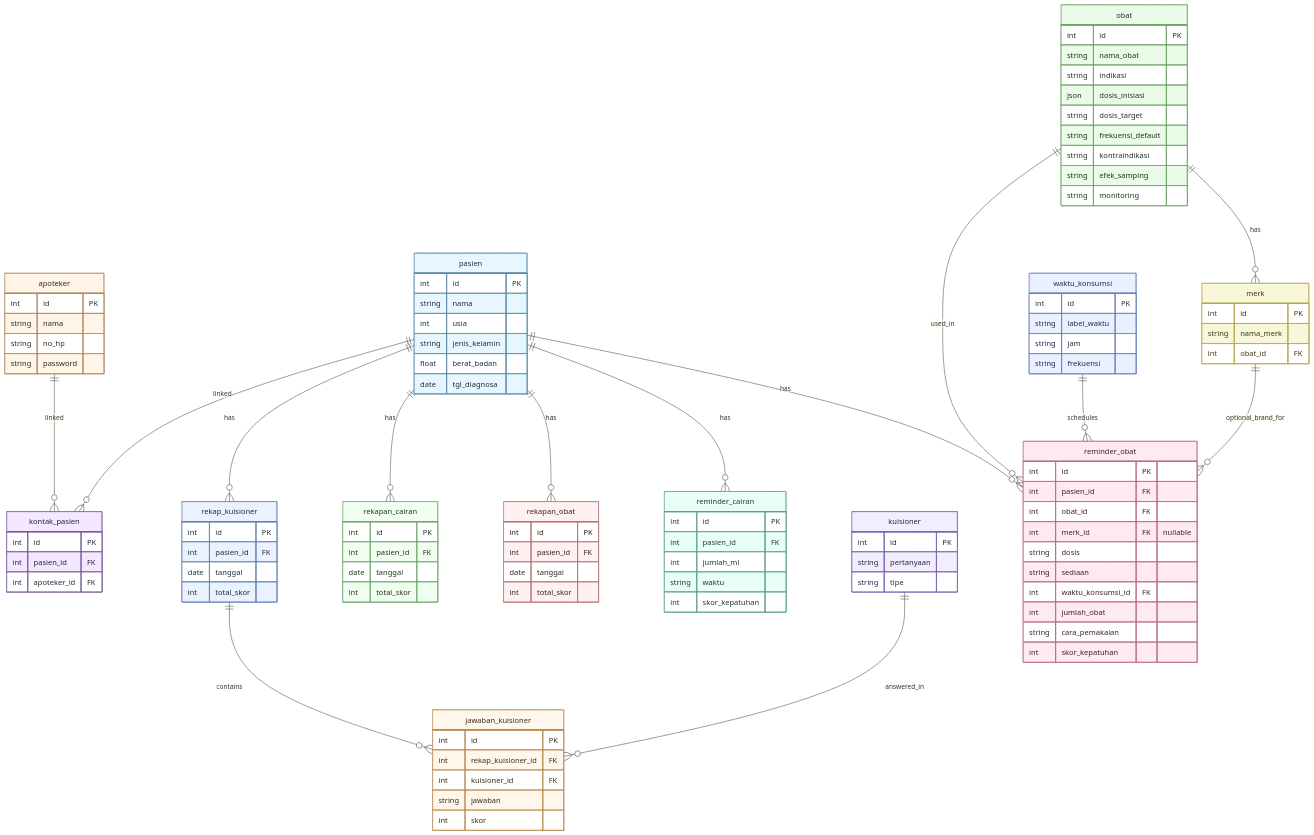
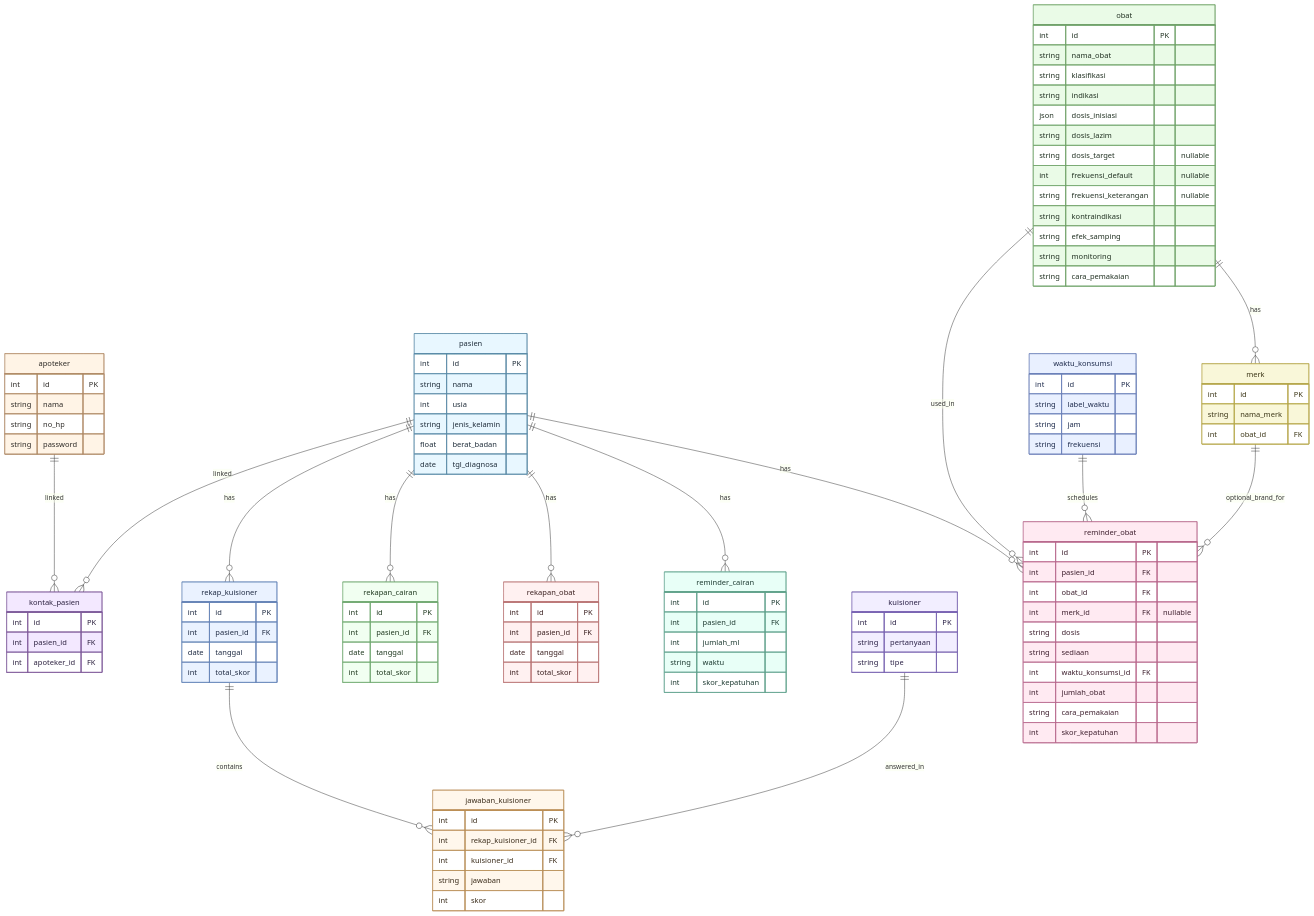
The diagram in spec/erd-healthcare-medication-reminder.md (agoyeeee/obat), drawn with Mermaid before and after one commit. The commit also changed 11 other files, not shown here.

```diff
--- a/spec/erd-healthcare-medication-reminder.md
+++ b/spec/erd-healthcare-medication-reminder.md
@@ -30,13 +30,17 @@
     obat {
         int id PK
         string nama_obat
+        string klasifikasi
         string indikasi
         json dosis_inisiasi
-        string dosis_target
-        string frekuensi_default
+        string dosis_lazim
+        string dosis_target "nullable"
+        int frekuensi_default "nullable"
+        string frekuensi_keterangan "nullable"
         string kontraindikasi
         string efek_samping
         string monitoring
+        string cara_pemakaian
     }
 
     merk {
```
